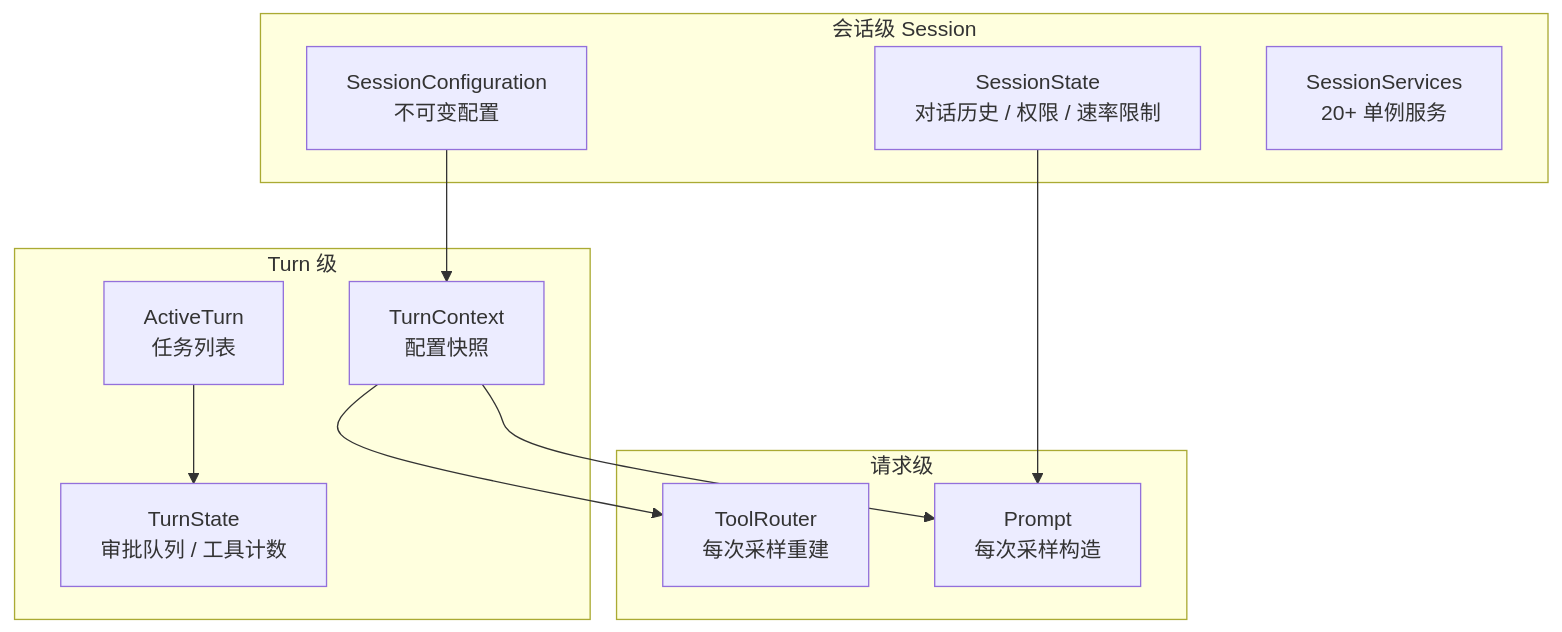
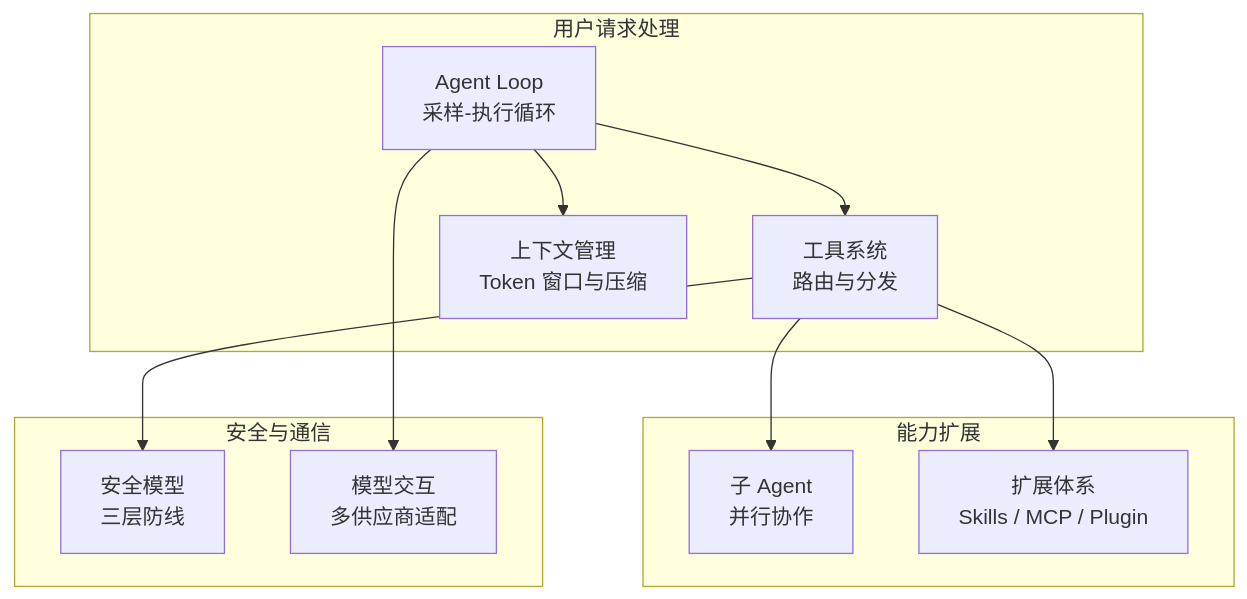
Before and after one commit to yibn2008/learn-codex: the fourth of 6 diagrams in wiki/01-architecture-overview.md, drawn with Mermaid. The commit also changed other lines of this file and 10 other files, not shown here.

First line of the commit message:
docs: rewrite ch01 architecture overview, renumber chapters, fix crate descriptions

````diff
--- a/wiki/01-architecture-overview.md
+++ b/wiki/01-architecture-overview.md
@@ -346,25 +207,25 @@
 ```mermaid
 graph TD
-    subgraph 会话级 Session
-        SC[SessionConfiguration<br/>不可变配置]
-        SS[SessionState<br/>对话历史 / 权限 / 速率限制]
-        SV[SessionServices<br/>20+ 单例服务]
+    subgraph 用户请求处理
+        LOOP[Agent Loop<br/>采样-执行循环]
+        TOOL[工具系统<br/>路由与分发]
+        CTX[上下文管理<br/>Token 窗口与压缩]
     end
 
-    subgraph Turn 级
-        TC[TurnContext<br/>配置快照]
-        AT[ActiveTurn<br/>任务列表]
-        TS[TurnState<br/>审批队列 / 工具计数]
+    subgraph 能力扩展
+        SUB[子 Agent<br/>并行协作]
+        EXT[扩展体系<br/>Skills / MCP / Plugin]
     end
 
-    subgraph 请求级
-        TR[ToolRouter<br/>每次采样重建]
-        PR[Prompt<br/>每次采样构造]
+    subgraph 安全与通信
+        SEC[安全模型<br/>三层防线]
+        API[模型交互<br/>多供应商适配]
     end
 
-    SC --> TC
-    SS --> PR
-    AT --> TS
-    TC --> TR
-    TC --> PR
+    LOOP --> TOOL
+    LOOP --> CTX
+    LOOP --> API
+    TOOL --> SEC
+    TOOL --> SUB
+    TOOL --> EXT
 ```
````
